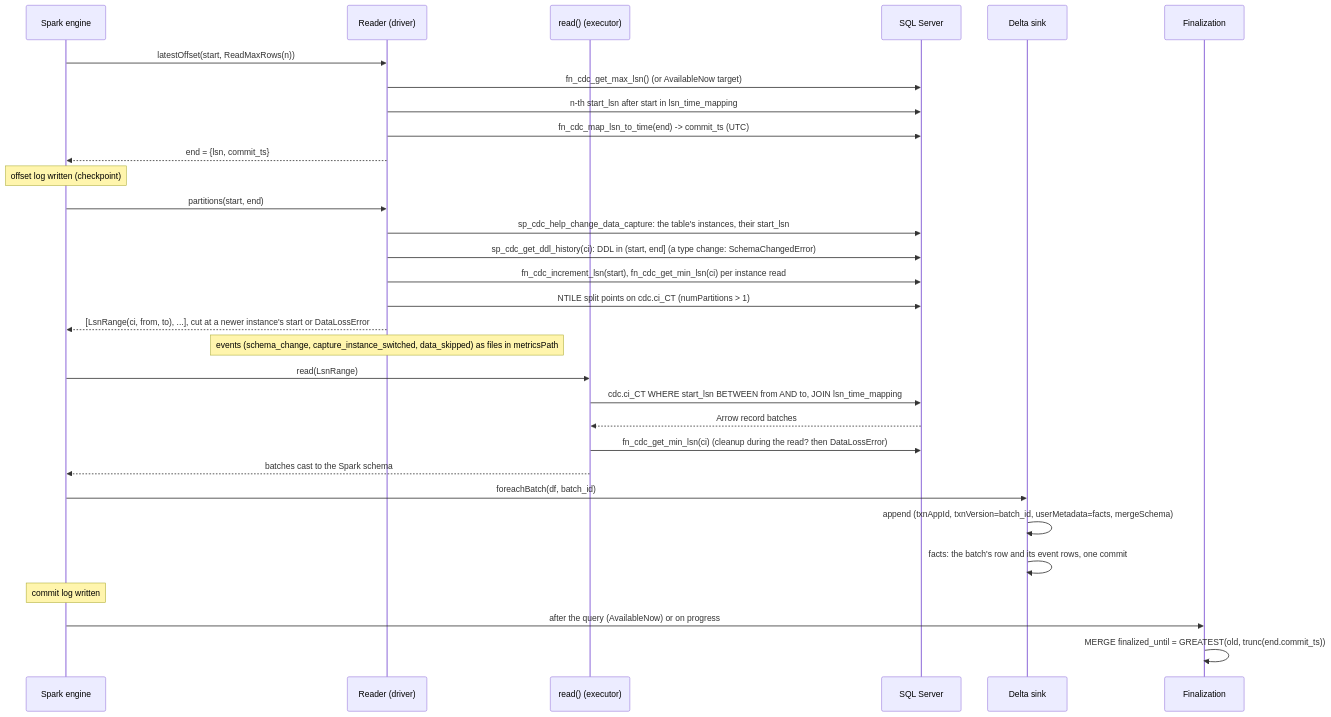
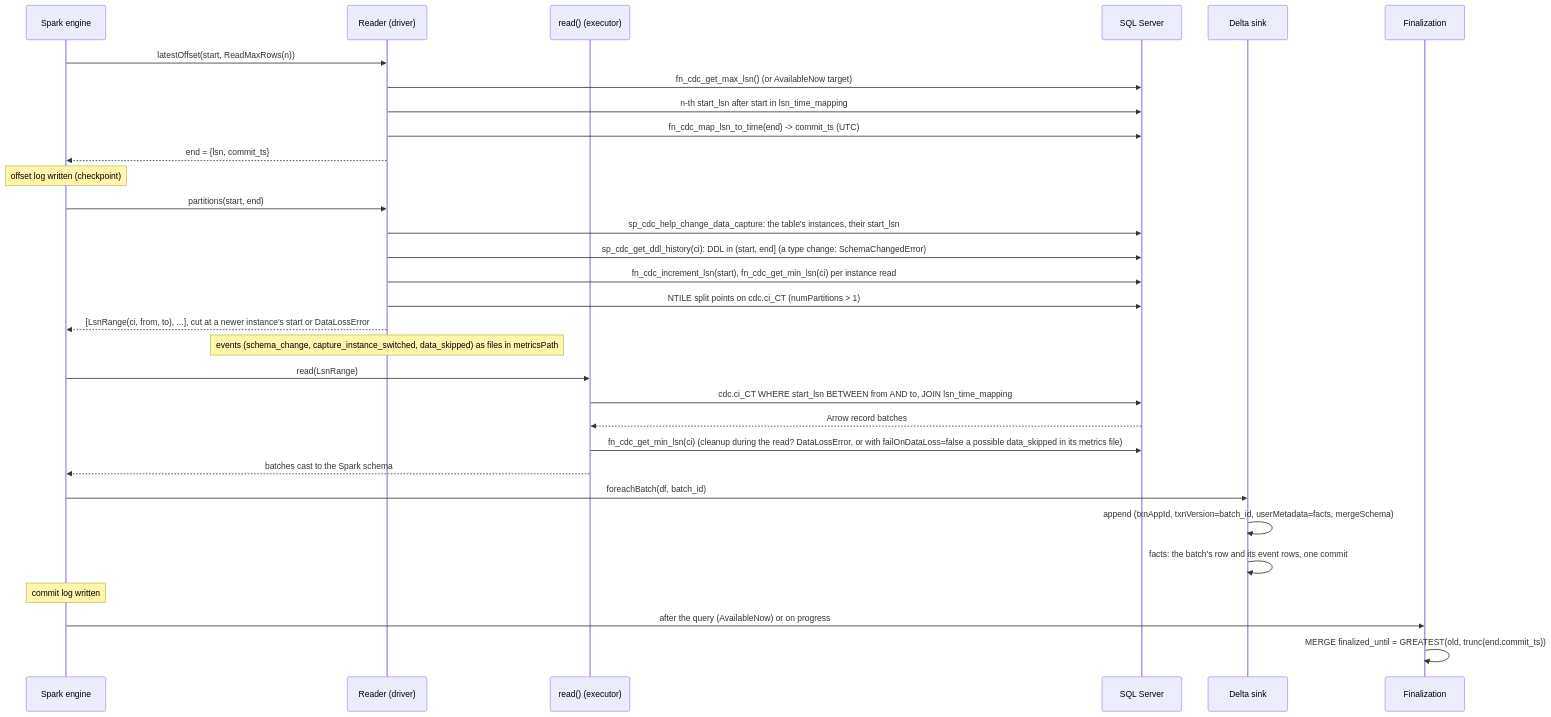
The second of 2 diagrams in docs/ARCHITECTURE.md (emanuel-luis/mssql-cdc-pyspark), drawn with Mermaid before and after one commit. The commit also changed other lines of this file and 15 other files, not shown here.

First line of the commit message:
feat(source): record the executor guard's skip as a possible data_skipped row

````diff
--- a/docs/ARCHITECTURE.md
+++ b/docs/ARCHITECTURE.md
@@ -77,34 +77,34 @@
 ```mermaid
 sequenceDiagram
   participant E as Spark engine
   participant R as Reader (driver)
   participant X as read() (executor)
   participant S as SQL Server
   participant D as Delta sink
   participant F as Finalization
 
   E->>R: latestOffset(start, ReadMaxRows(n))
   R->>S: fn_cdc_get_max_lsn()  (or AvailableNow target)
   R->>S: n-th start_lsn after start in lsn_time_mapping
   R->>S: fn_cdc_map_lsn_to_time(end)  -> commit_ts (UTC)
   R-->>E: end = {lsn, commit_ts}
   Note over E: offset log written (checkpoint)
   E->>R: partitions(start, end)
   R->>S: sp_cdc_help_change_data_capture: the table's instances, their start_lsn
   R->>S: sp_cdc_get_ddl_history(ci): DDL in (start, end]  (a type change: SchemaChangedError)
   R->>S: fn_cdc_increment_lsn(start), fn_cdc_get_min_lsn(ci) per instance read
   R->>S: NTILE split points on cdc.ci_CT (numPartitions > 1)
   R-->>E: [LsnRange(ci, from, to), ...], cut at a newer instance's start  or DataLossError
   Note over R: events (schema_change, capture_instance_switched, data_skipped) as files in metricsPath
   E->>X: read(LsnRange)
   X->>S: cdc.ci_CT WHERE start_lsn BETWEEN from AND to, JOIN lsn_time_mapping
   S-->>X: Arrow record batches
-  X->>S: fn_cdc_get_min_lsn(ci)  (cleanup during the read? then DataLossError)
+  X->>S: fn_cdc_get_min_lsn(ci)  (cleanup during the read? DataLossError, or with failOnDataLoss=false a possible data_skipped in its metrics file)
   X-->>E: batches cast to the Spark schema
   E->>D: foreachBatch(df, batch_id)
   D->>D: append (txnAppId, txnVersion=batch_id, userMetadata=facts, mergeSchema)
   D->>D: facts: the batch's row and its event rows, one commit
   Note over E: commit log written
   E->>F: after the query (AvailableNow) or on progress
   F->>F: MERGE finalized_until = GREATEST(old, trunc(end.commit_ts))
 ```
````
